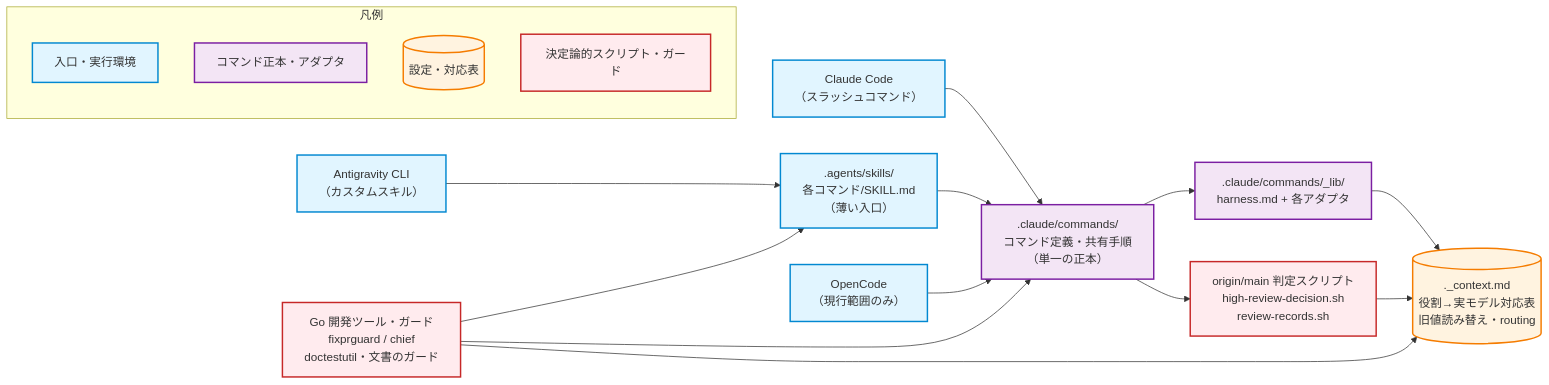
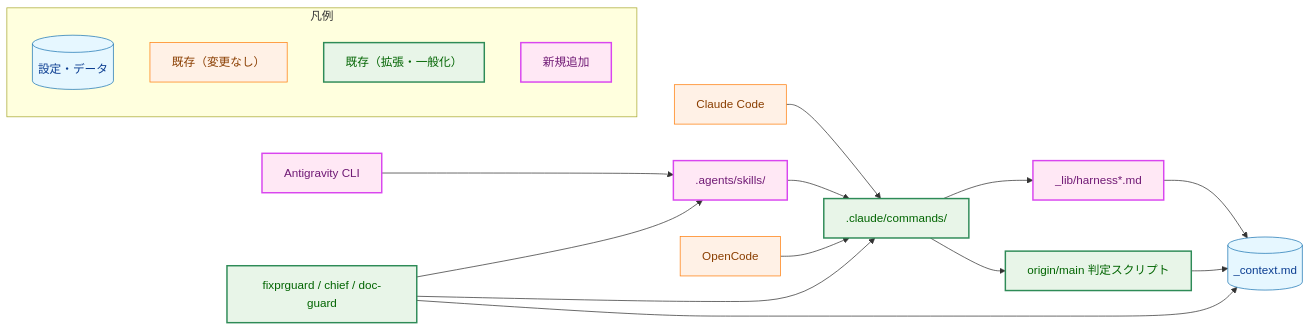
Before and after one commit to isseis/yt2column: the first of 7 diagrams in docs/tasks/0120_harness_independent_commands/02_architecture.md, drawn with Mermaid. The commit also changed other lines of this file and 2 other files, not shown here.

Commit message:
docs(0120): address panel review and japrose findings

````diff
--- a/docs/tasks/0120_harness_independent_commands/02_architecture.md
+++ b/docs/tasks/0120_harness_independent_commands/02_architecture.md
@@ -97,39 +97,38 @@
 ```mermaid
 flowchart LR
-    classDef entry fill:#e1f5ff,stroke:#0288d1,stroke-width:2px
-    classDef process fill:#f3e5f5,stroke:#7b1fa2,stroke-width:2px
-    classDef store fill:#fff3e0,stroke:#f57c00,stroke-width:2px
-    classDef external fill:#e8f5e9,stroke:#388e3c,stroke-width:2px
-    classDef guard fill:#ffebee,stroke:#c62828,stroke-width:2px
+    classDef data fill:#e6f7ff,stroke:#1f77b4,stroke-width:1px,color:#0b3d91;
+    classDef process fill:#fff1e6,stroke:#ff7f0e,stroke-width:1px,color:#8a3e00;
+    classDef enhanced fill:#e8f5e8,stroke:#2e8b57,stroke-width:2px,color:#006400;
+    classDef newpkg fill:#ffe8f5,stroke:#d946ef,stroke-width:2px,color:#701a75;
 
-    cc["Claude Code<br>（スラッシュコマンド）"]:::entry
-    agy["Antigravity CLI<br>（カスタムスキル）"]:::entry
-    oc["OpenCode<br>（現行範囲のみ）"]:::entry
+    cc["Claude Code"]:::process
+    agy["Antigravity CLI"]:::newpkg
+    oc["OpenCode"]:::process
 
-    skills[".agents/skills/<br>各コマンド/SKILL.md<br>（薄い入口）"]:::entry
-    cmds[".claude/commands/<br>コマンド定義・共有手順<br>（単一の正本）"]:::process
-    adapters[".claude/commands/_lib/<br>harness.md + 各アダプタ"]:::process
-    ctx[("._context.md<br>役割→実モデル対応表<br>旧値読み替え・routing")]:::store
-    scripts["origin/main 判定スクリプト<br>high-review-decision.sh<br>review-records.sh"]:::guard
-    tools["Go 開発ツール・ガード<br>fixprguard / chief<br>doctestutil・文書のガード"]:::guard
+    skills[".agents/skills/"]:::newpkg
+    cmds[".claude/commands/"]:::enhanced
+    adapters["_lib/harness*.md"]:::newpkg
+    ctx[("_context.md")]:::data
+    scripts["origin/main 判定スクリプト"]:::enhanced
+    tools["fixprguard / chief / doc-guard"]:::enhanced
 
     cc --> cmds
     agy --> skills
     skills --> cmds
     oc --> cmds
     cmds --> adapters
     adapters --> ctx
     cmds --> scripts
     scripts --> ctx
     tools --> ctx
     tools --> skills
     tools --> cmds
 
     subgraph legend["凡例"]
         direction TB
-        l1["入口・実行環境"]:::entry
-        l2["コマンド正本・アダプタ"]:::process
-        l3[("設定・対応表")]:::store
-        l4["決定論的スクリプト・ガード"]:::guard
+        l1[("設定・データ")]:::data
+        l2["既存（変更なし）"]:::process
+        l3["既存（拡張・一般化）"]:::enhanced
+        l4["新規追加"]:::newpkg
     end
 ```
````
